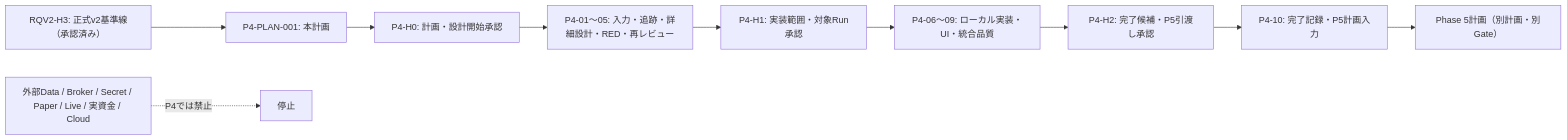
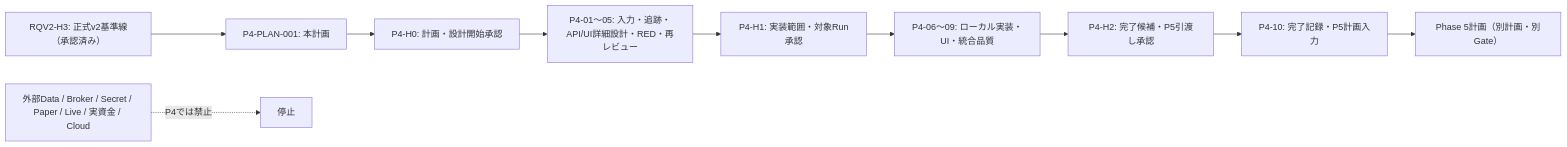
One commit to ute3g2n/strategy_test changed the diagram in plan/Phase4_実行計画書_v0.1_2026-08-11.md. Above: the diagram before and after it, drawn with Mermaid. The commit also changed other lines of this file and 11 other files, not shown here.

````diff
--- a/plan/Phase4_実行計画書_v0.1_2026-08-11.md
+++ b/plan/Phase4_実行計画書_v0.1_2026-08-11.md
@@ -22,12 +23,12 @@
 ```mermaid
 flowchart LR
   RQV2H3["RQV2-H3: 正式v2基準線（承認済み）"] --> PLAN["P4-PLAN-001: 本計画"]
   PLAN --> H0["P4-H0: 計画・設計開始承認"]
-  H0 --> D1["P4-01〜05: 入力・追跡・詳細設計・RED・再レビュー"]
+  H0 --> D1["P4-01〜05: 入力・追跡・API/UI詳細設計・RED・再レビュー"]
   D1 --> H1["P4-H1: 実装範囲・対象Run承認"]
   H1 --> I1["P4-06〜09: ローカル実装・UI・統合品質"]
   I1 --> H2["P4-H2: 完了候補・P5引渡し承認"]
   H2 --> D2["P4-10: 完了記録・P5計画入力"]
   D2 --> P5["Phase 5計画（別計画・別Gate）"]
   EXT["外部Data / Broker / Secret / Paper / Live / 実資金 / Cloud"] -. "P4では禁止" .-> STOP["停止"]
 ```
````
